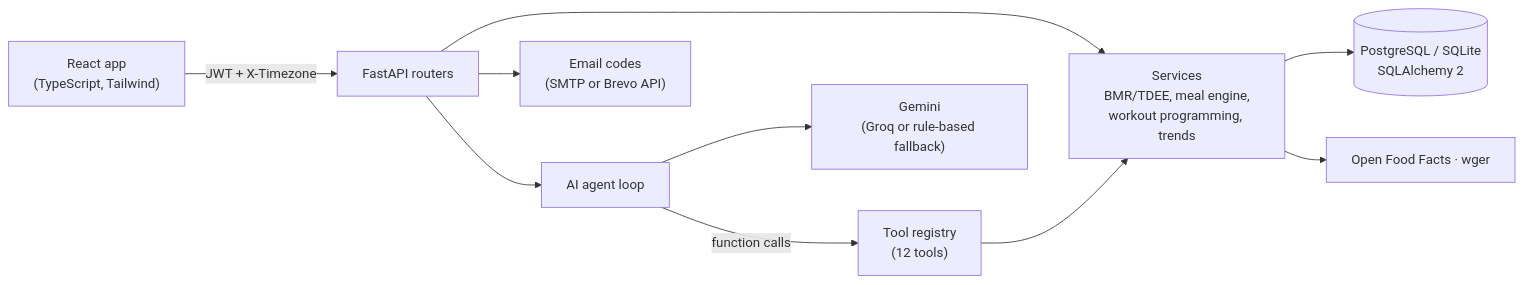
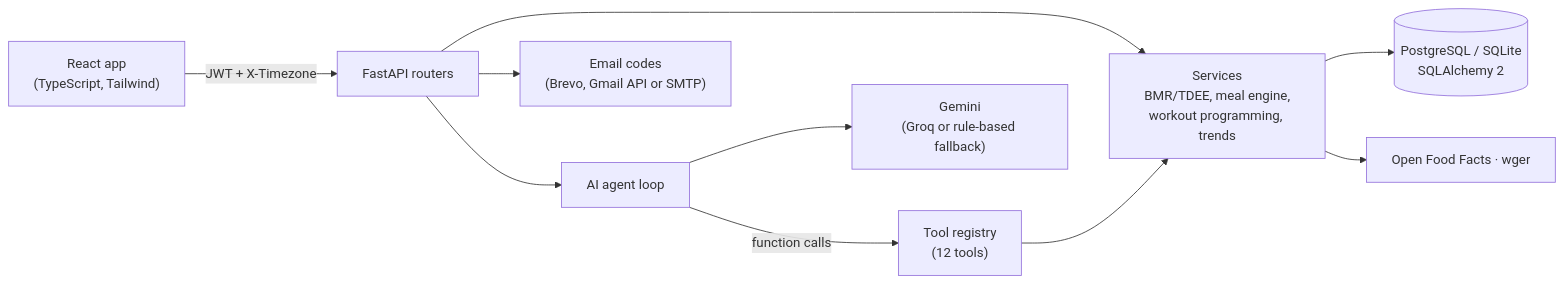
Before and after one commit to kunalbhoomaraddi-cpu/fitai: the diagram in README.md, drawn with Mermaid. The commit also changed other lines of this file and 51 other files, not shown here.

````diff
--- a/README.md
+++ b/README.md
@@ -74,12 +76,12 @@
 ```mermaid
 flowchart LR
   UI["React app<br/>(TypeScript, Tailwind)"] -- "JWT + X-Timezone" --> API["FastAPI routers"]
   API --> SVC["Services<br/>BMR/TDEE, meal engine,<br/>workout programming, trends"]
   API --> AGENT["AI agent loop"]
   AGENT -- "function calls" --> TOOLS["Tool registry<br/>(12 tools)"]
   TOOLS --> SVC
   AGENT --> LLM["Gemini<br/>(Groq or rule-based fallback)"]
   SVC --> DB[("PostgreSQL / SQLite<br/>SQLAlchemy 2")]
   SVC --> EXT["Open Food Facts · wger"]
-  API --> MAIL["Email codes<br/>(SMTP or Brevo API)"]
+  API --> MAIL["Email codes<br/>(Brevo, Gmail API or SMTP)"]
 ```
````
